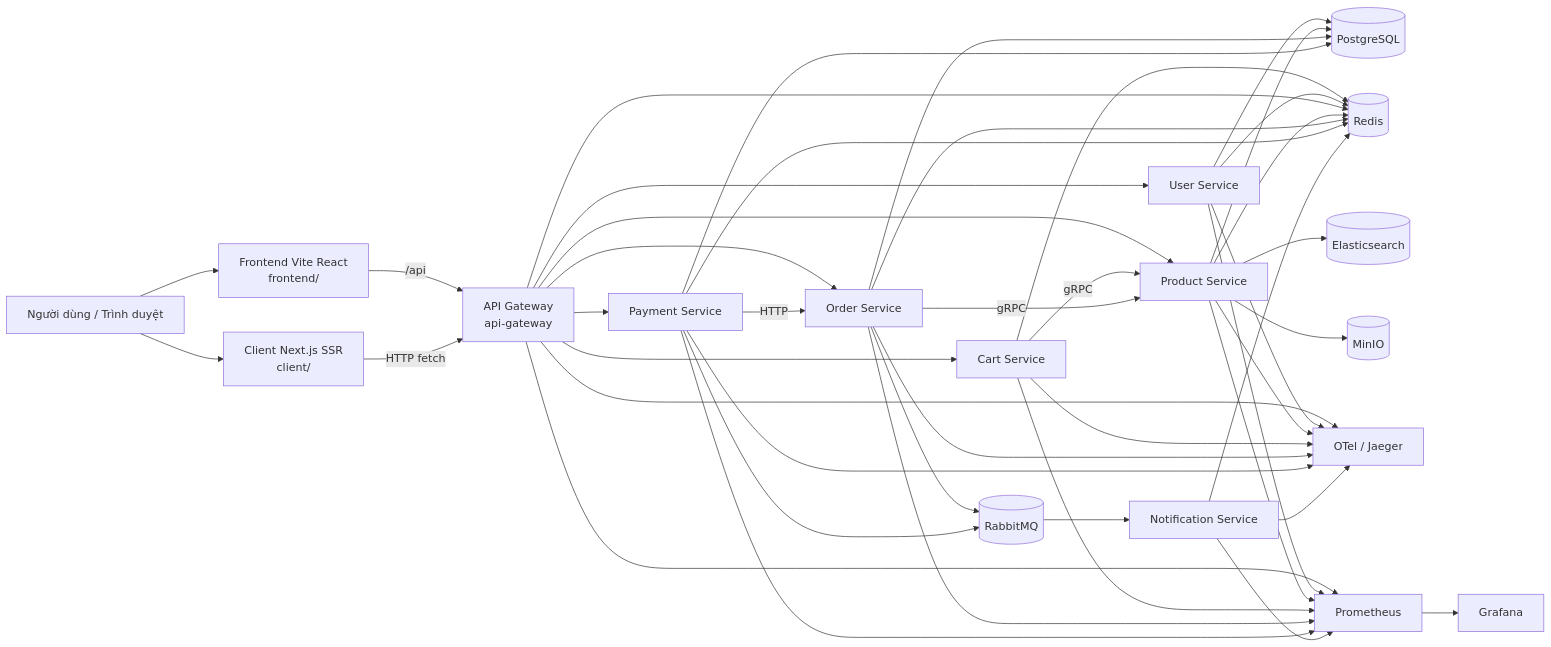
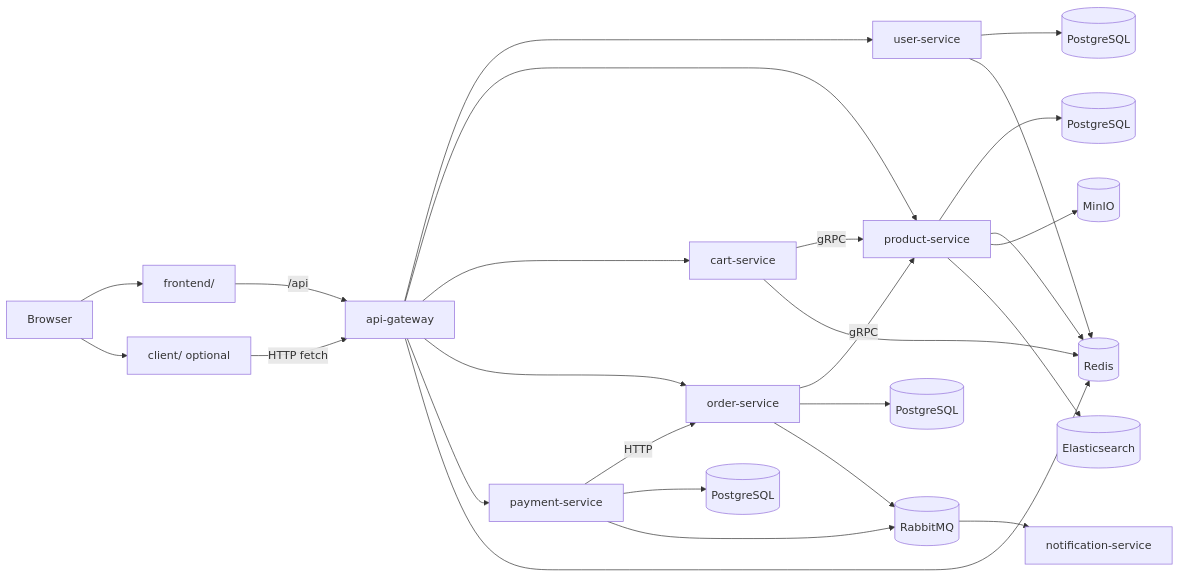
The first of 3 diagrams in LOGIC_FLOW.md (NguyenDung278/E-CommerceMicroservicesPlatform), drawn with Mermaid before and after one commit. The commit also changed other lines of this file and 8 other files, not shown here.

````diff
--- a/LOGIC_FLOW.md
+++ b/LOGIC_FLOW.md
@@ -62,55 +33,34 @@
 ```mermaid
 flowchart LR
-    U[Người dùng / Trình duyệt] --> F[Frontend Vite React<br/>frontend/]
-    U --> N[Client Next.js SSR<br/>client/]
+    Browser --> Frontend[frontend/]
+    Browser --> Client[client/ optional]
 
-    F -->|/api| G[API Gateway<br/>api-gateway]
-    N -->|HTTP fetch| G
+    Frontend -->|/api| Gateway[api-gateway]
+    Client -->|HTTP fetch| Gateway
 
-    G --> US[User Service]
-    G --> PS[Product Service]
-    G --> CS[Cart Service]
-    G --> OS[Order Service]
-    G --> PayS[Payment Service]
+    Gateway --> User[user-service]
+    Gateway --> Product[product-service]
+    Gateway --> Cart[cart-service]
+    Gateway --> Order[order-service]
+    Gateway --> Payment[payment-service]
 
-    CS -->|gRPC| PS
-    OS -->|gRPC| PS
-    PayS -->|HTTP| OS
+    Cart -->|gRPC| Product
+    Order -->|gRPC| Product
+    Payment -->|HTTP| Order
 
-    US --> PG[(PostgreSQL)]
-    PS --> PG
-    OS --> PG
-    PayS --> PG
+    User --> UserDB[(PostgreSQL)]
+    Product --> ProductDB[(PostgreSQL)]
+    Order --> OrderDB[(PostgreSQL)]
+    Payment --> PaymentDB[(PostgreSQL)]
 
-    CS --> R[(Redis)]
-    US --> R
-    G --> R
-    PS --> R
-    OS --> R
-    PayS --> R
-    NS[Notification Service] --> R
+    Cart --> Redis[(Redis)]
+    Gateway --> Redis
+    User --> Redis
+    Product --> Redis
+    Order --> Rabbit[(RabbitMQ)]
+    Payment --> Rabbit
+    Rabbit --> Notification[notification-service]
 
-    OS --> MQ[(RabbitMQ)]
-    PayS --> MQ
-    MQ --> NS
-
-    PS --> ES[(Elasticsearch)]
-    PS --> M[(MinIO)]
-
-    G --> OT[OTel / Jaeger]
-    US --> OT
-    PS --> OT
-    CS --> OT
-    OS --> OT
-    PayS --> OT
-    NS --> OT
-
-    G --> PR[Prometheus]
-    US --> PR
-    PS --> PR
-    CS --> PR
-    OS --> PR
-    PayS --> PR
-    NS --> PR
-    PR --> GF[Grafana]
+    Product --> MinIO[(MinIO)]
+    Product --> Elastic[(Elasticsearch)]
 ```
````
